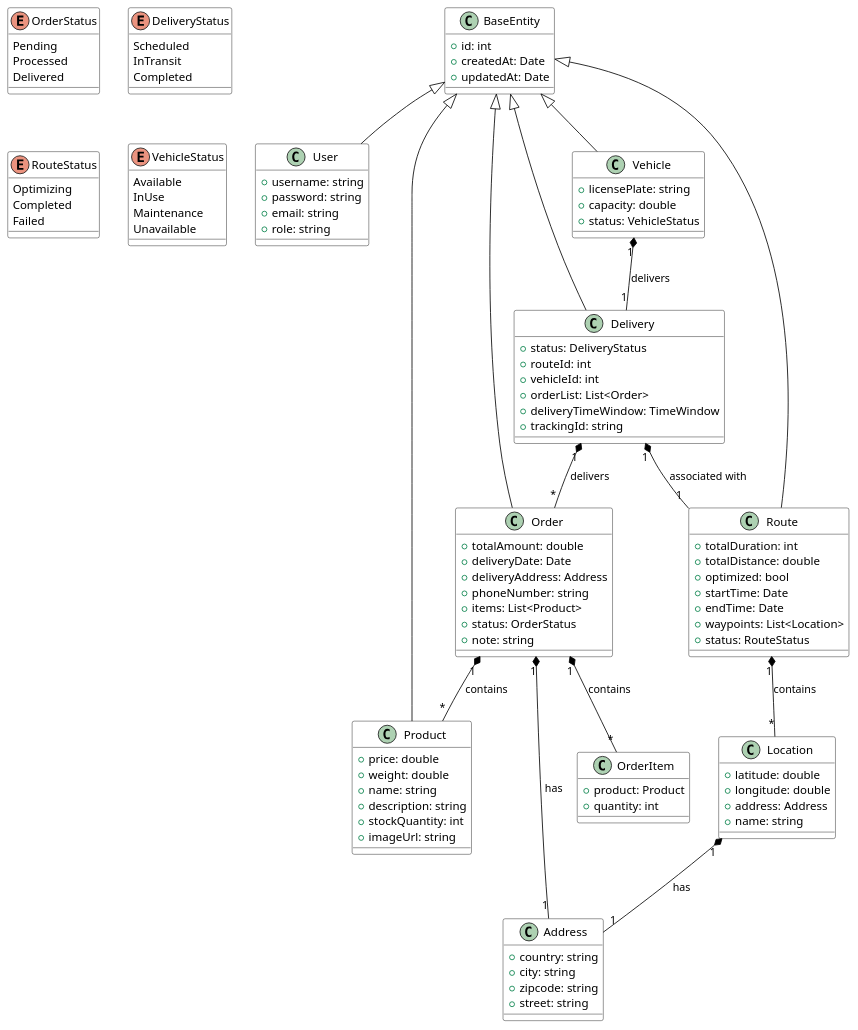
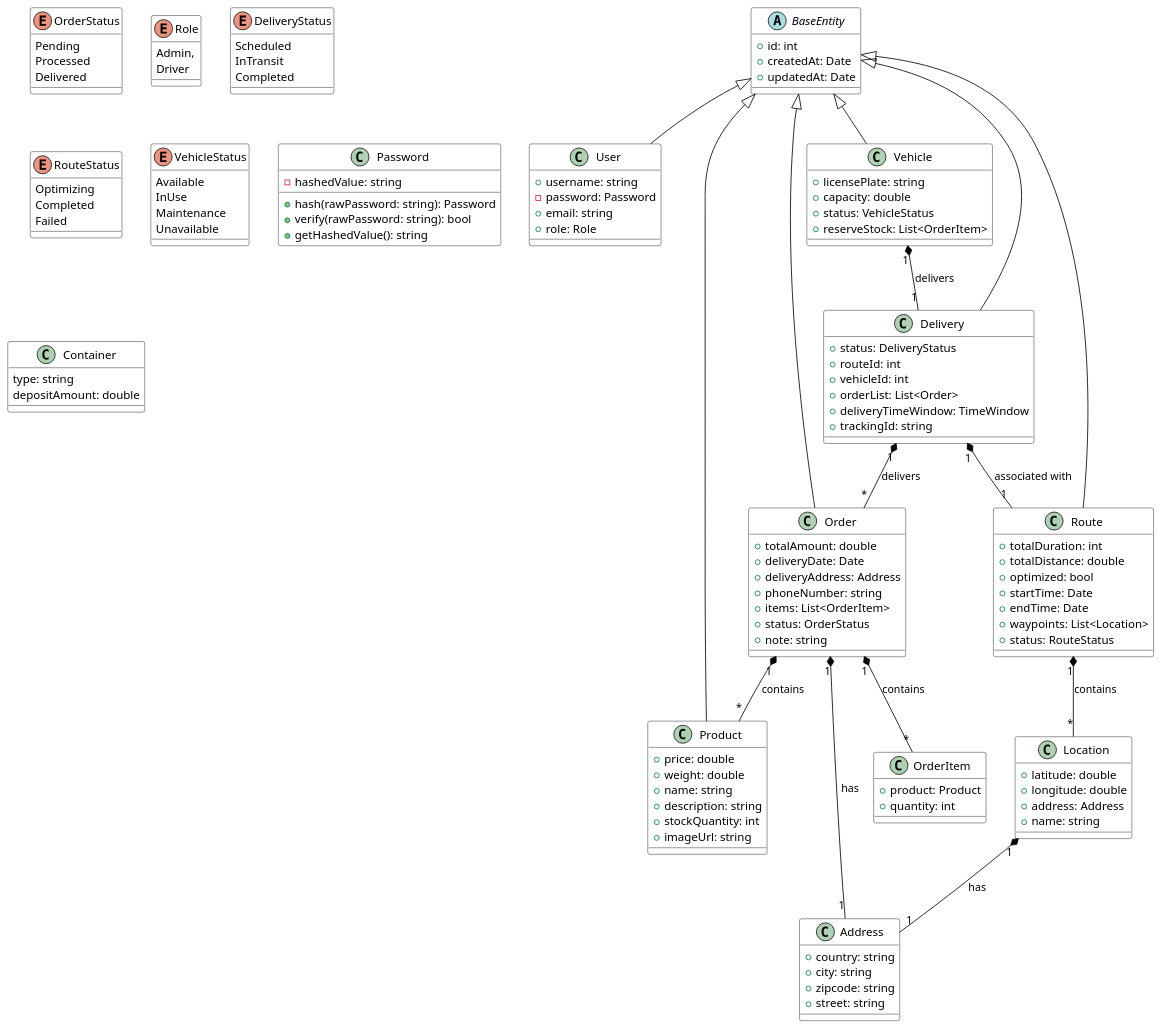
The diagram in uml.iuml (Patrick9107/gabbie-core-backend), drawn with PlantUML before and after one commit.

Commit message:
Update PLANTUML

```diff
--- a/uml.iuml
+++ b/uml.iuml
@@ -1,137 +1,159 @@
 @startuml gabbie
 
 ' Enum for Status
 enum OrderStatus {
 Pending
 Processed
 Delivered
+}
+
+enum Role {
+Admin, 
+Driver
 }
 
 enum DeliveryStatus {
 Scheduled
 InTransit
 Completed
 }
 
 enum RouteStatus {
 Optimizing
 Completed
 Failed
 }
 
 enum VehicleStatus {
 Available
 InUse
 Maintenance
 Unavailable
 }
 
 ' BaseEntity, extended by every other class
-class BaseEntity {
+abstract class BaseEntity {
 +id: int
 +createdAt: Date
 +updatedAt: Date
 }
 
 ' User entity
 class User {
 +username: string
-+password: string
+-password: Password
 +email: string
-+role: string
++role: Role
+}
+
+
+' Value Object: Password
+class Password {
+-hashedValue: string
++hash(rawPassword: string): Password
++verify(rawPassword: string): bool
++getHashedValue(): string
 }
 
 ' Product entity
 class Product {
 +price: double
 +weight: double
 +name: string
 +description: string
 +stockQuantity: int
 +imageUrl: string
 }
 
 ' Address Value Object
 class Address {
 +country: string
 +city: string
 +zipcode: string
 +street: string
 }
 
 ' Location Value Object (for geographical coordinates)
 class Location {
 +latitude: double
 +longitude: double
 +address: Address
 +name: string
 }
 
 ' Order entity
 class Order {
 +totalAmount: double
 +deliveryDate: Date
 +deliveryAddress: Address
 +phoneNumber: string
-+items: List<Product>
++items: List<OrderItem>
 +status: OrderStatus
 +note: string
 }
 
 ' Route entity
 class Route {
 +totalDuration: int
 +totalDistance: double
 +optimized: bool
 +startTime: Date
 +endTime: Date
 +waypoints: List<Location>
 +status: RouteStatus
 }
 
 ' Delivery entity
 class Delivery {
 +status: DeliveryStatus
 +routeId: int
 +vehicleId: int
 +orderList: List<Order>
 +deliveryTimeWindow: TimeWindow
 +trackingId: string
 }
 
 ' Vehicle entity
 class Vehicle {
 +licensePlate: string
 +capacity: double
 +status: VehicleStatus
++reserveStock: List<OrderItem>
+
 }
 
 class OrderItem {
 +product: Product
 +quantity: int
+}
+
+' Container as a Record 
+class Container {
+    type: string
+    depositAmount: double
 }
 
 skinparam class {
 BackgroundColor White
 ArrowColor Black
 BorderColor Black
 }
 
 
 ' Relations between entities
 BaseEntity <|-- User
 BaseEntity <|-- Product
 BaseEntity <|-- Order
 BaseEntity <|-- Delivery
 BaseEntity <|-- Route
 BaseEntity <|-- Vehicle
 
 Order "1" *-- "*" Product : contains
 Delivery "1" *-- "*" Order : delivers
 Route "1" *-- "*" Location : contains
 Vehicle "1" *-- "1" Delivery : delivers
 Order "1" *-- "1" Address : has
 Delivery "1" *-- "1" Route : associated with
 Location "1" *-- "1" Address : has
 Order "1" *-- "*" OrderItem : contains
 @enduml
```
